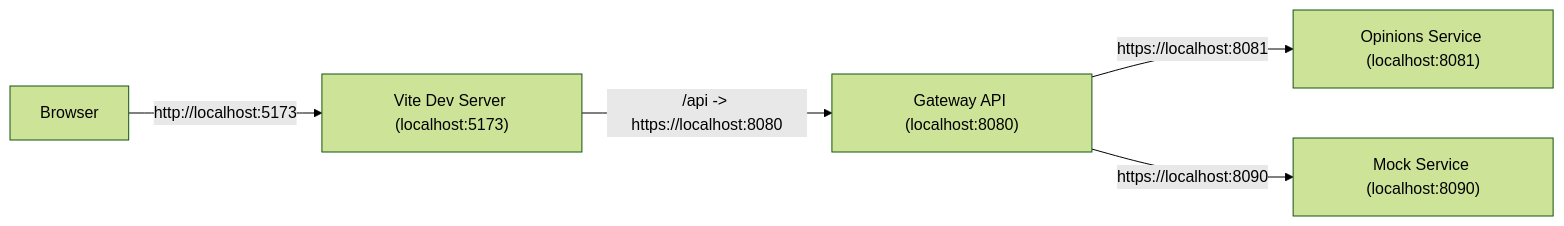
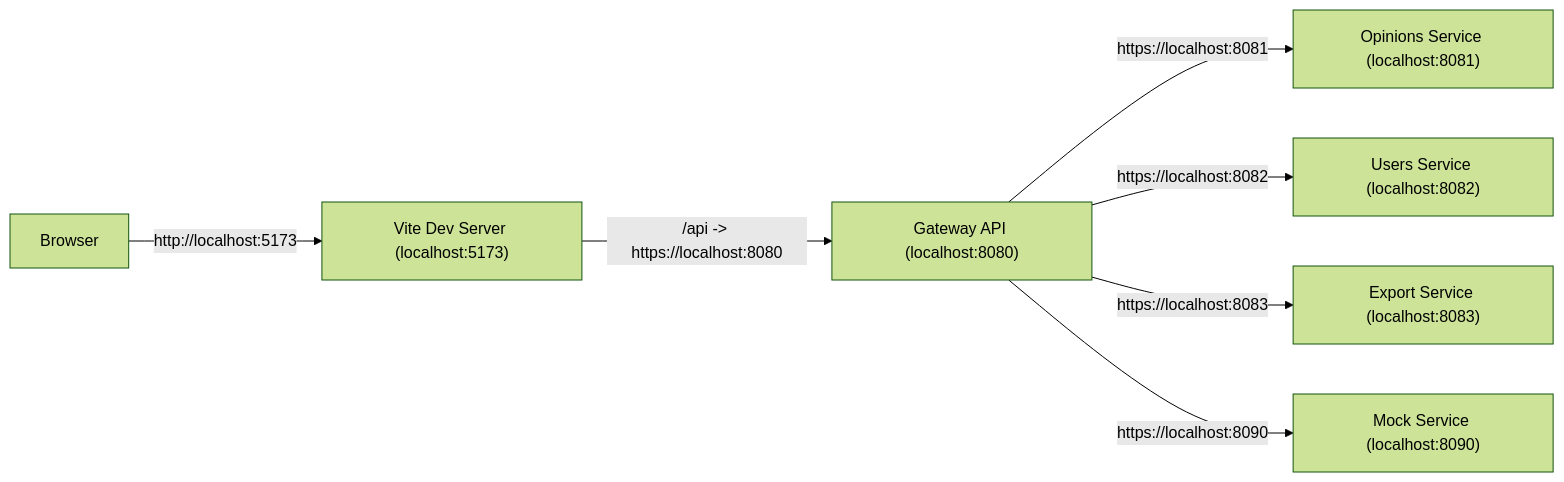
Before and after one commit to owrmille/r8n: the first of 4 diagrams in docs/docker-architecture.md, drawn with Mermaid (forest theme). The commit also changed other lines of this file and 3 other files, not shown here.

````diff
--- a/docs/docker-architecture.md
+++ b/docs/docker-architecture.md
@@ -16,13 +16,17 @@
 ```mermaid
 graph LR
   Browser["Browser"]
   Vite["Vite Dev Server (localhost:5173)"]
   Gateway["Gateway API (localhost:8080)"]
   Opinions["Opinions Service (localhost:8081)"]
-  Mock["Mock Service (localhost:8090)"]
+  Users["Users Service (localhost:8082)"]
+Export["Export Service (localhost:8083)"]
+Mock["Mock Service (localhost:8090)"]
 
   Browser -->|"http://localhost:5173"| Vite
   Vite -->|"/api -> https://localhost:8080"| Gateway
   Gateway -->|"https://localhost:8081"| Opinions
-  Gateway -->|"https://localhost:8090"| Mock
+  Gateway -->|"https://localhost:8082"| Users
+Gateway -->|"https://localhost:8083"| Export
+Gateway -->|"https://localhost:8090"| Mock
 ```
````
